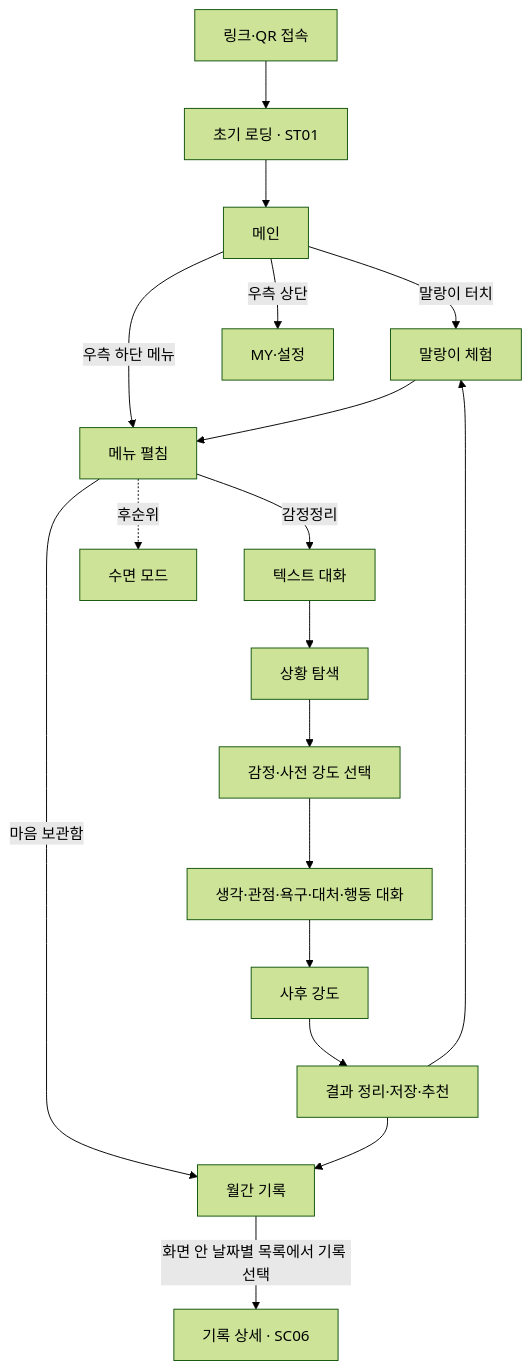
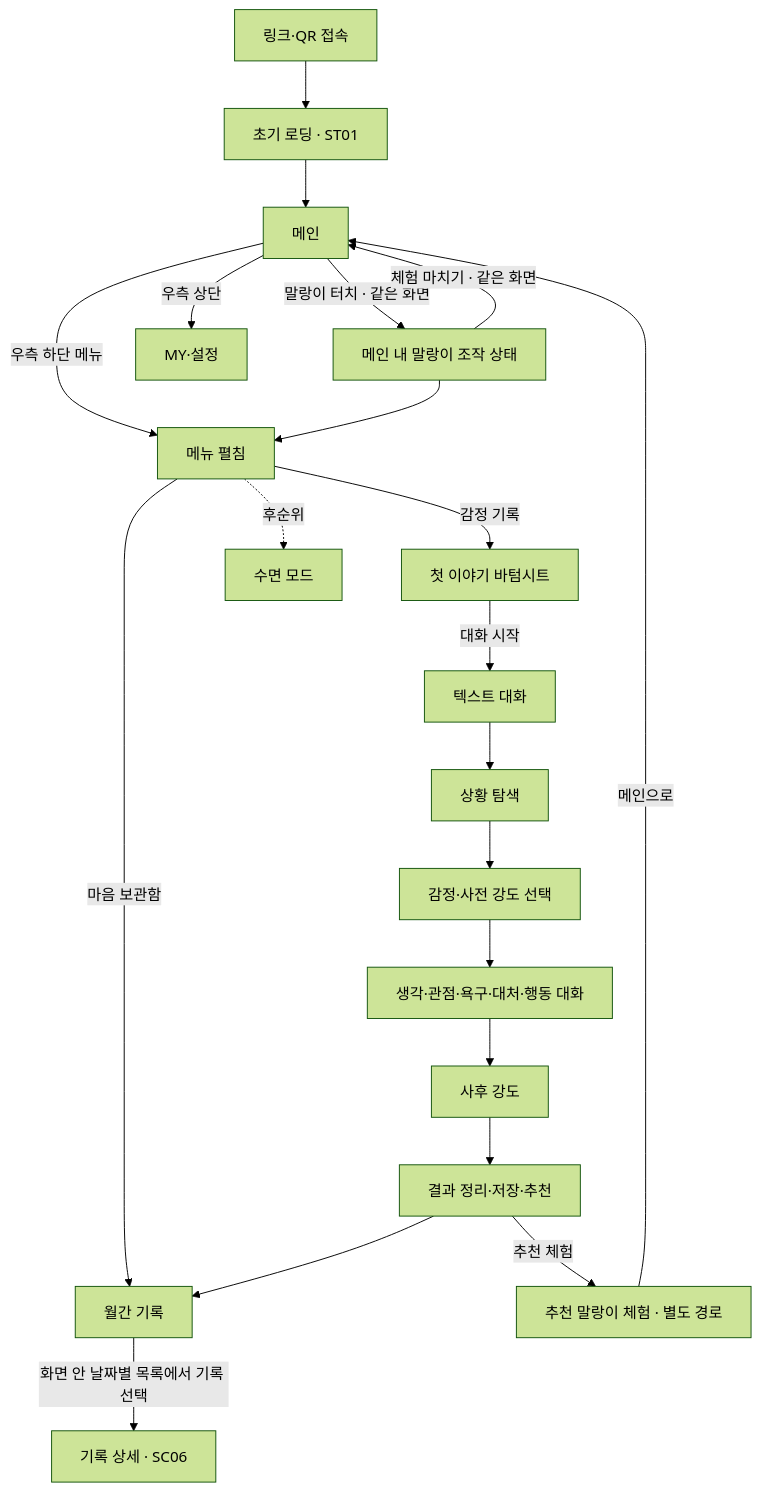
The diagram in design.md (2026Ganzi-Thon/2026_GANZITHON_TEAM_07_FE), drawn with Mermaid (forest theme) before and after one commit. The commit also changed other lines of this file and 15 other files, not shown here.

````diff
--- a/design.md
+++ b/design.md
@@ -261,20 +277,23 @@
 ```mermaid
 flowchart TD
     A[링크·QR 접속] --> B[초기 로딩 · ST01]
     B --> C[메인]
-    C -->|말랑이 터치| D[말랑이 체험]
+    C -->|말랑이 터치 · 같은 화면| D[메인 내 말랑이 조작 상태]
+    D -->|체험 마치기 · 같은 화면| C
     C -->|우측 상단| E[MY·설정]
     C -->|우측 하단 메뉴| F[메뉴 펼침]
     D --> F
-    F -->|감정정리| G[텍스트 대화]
+    F -->|감정 기록| Q[첫 이야기 바텀시트]
+    Q -->|대화 시작| G[텍스트 대화]
     F -->|마음 보관함| H[월간 기록]
     F -.->|후순위| S[수면 모드]
     G --> I[상황 탐색]
     I --> J[감정·사전 강도 선택]
     J --> K[생각·관점·욕구·대처·행동 대화]
     K --> L[사후 강도]
     L --> M[결과 정리·저장·추천]
-    M --> D
+    M -->|추천 체험| T[추천 말랑이 체험 · 별도 경로]
+    T -->|메인으로| C
     M --> H
     H -->|화면 안 날짜별 목록에서 기록 선택| O[기록 상세 · SC06]
 ```
````
